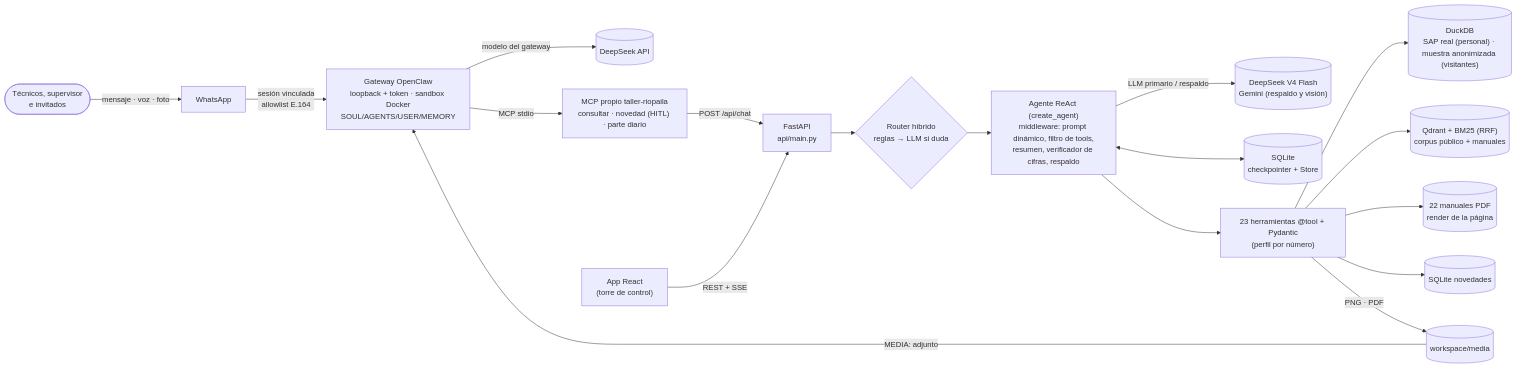
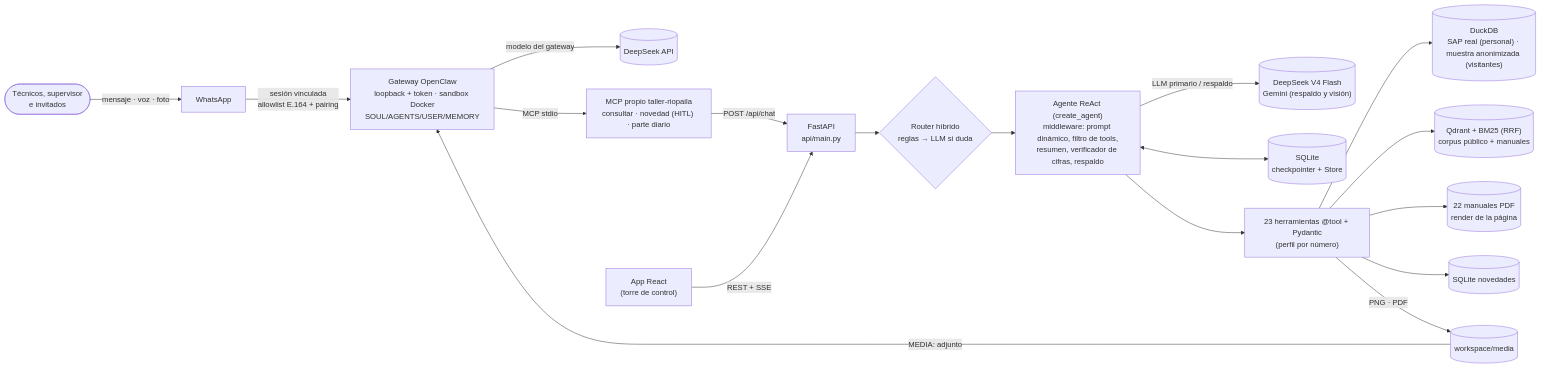
One commit to JORGE-RIVAS19/riopaila-castilla-qa changed the first of 4 diagrams in README.md. Above: the diagram before and after it, drawn with Mermaid. The commit also changed other lines of this file and 1 other file, not shown here.

First line of the commit message:
docs(readme): muestra el diagrama Archify en la sección de arquitectura

````diff
--- a/README.md
+++ b/README.md
@@ -52,20 +61,20 @@
 ```mermaid
 flowchart LR
   U([Técnicos, supervisor<br/>e invitados]) -- "mensaje · voz · foto" --> WA[WhatsApp]
-  WA -- "sesión vinculada<br/>allowlist E.164" --> OC["Gateway OpenClaw<br/>loopback + token · sandbox Docker<br/>SOUL/AGENTS/USER/MEMORY"]
+  WA -- "sesión vinculada<br/>allowlist E.164 + pairing" --> OC["Gateway OpenClaw<br/>loopback + token · sandbox Docker<br/>SOUL/AGENTS/USER/MEMORY"]
   OC -- "modelo del gateway" --> DS1[("DeepSeek API")]
   OC -- "MCP stdio" --> MCP["MCP propio taller-riopaila<br/>consultar · novedad (HITL) · parte diario"]
   MCP -- "POST /api/chat" --> API["FastAPI<br/>api/main.py"]
   WEB["App React<br/>(torre de control)"] -- "REST + SSE" --> API
   API --> R{"Router híbrido<br/>reglas → LLM si duda"}
   R --> AG["Agente ReAct (create_agent)<br/>middleware: prompt dinámico, filtro de tools,<br/>resumen, verificador de cifras, respaldo"]
   AG -- "LLM primario / respaldo" --> LLM[("DeepSeek V4 Flash<br/>Gemini (respaldo y visión)")]
   AG <--> MEM[("SQLite<br/>checkpointer + Store")]
   AG --> T["23 herramientas @tool + Pydantic<br/>(perfil por número)"]
   T --> DUCK[("DuckDB<br/>SAP real (personal) · muestra anonimizada (visitantes)")]
   T --> Q[("Qdrant + BM25 (RRF)<br/>corpus público + manuales")]
   T --> PDF[("22 manuales PDF<br/>render de la página")]
   T --> NOV[("SQLite novedades")]
   T -- "PNG · PDF" --> MED[("workspace/media")]
   MED -- "MEDIA: adjunto" --> OC
 ```
````
